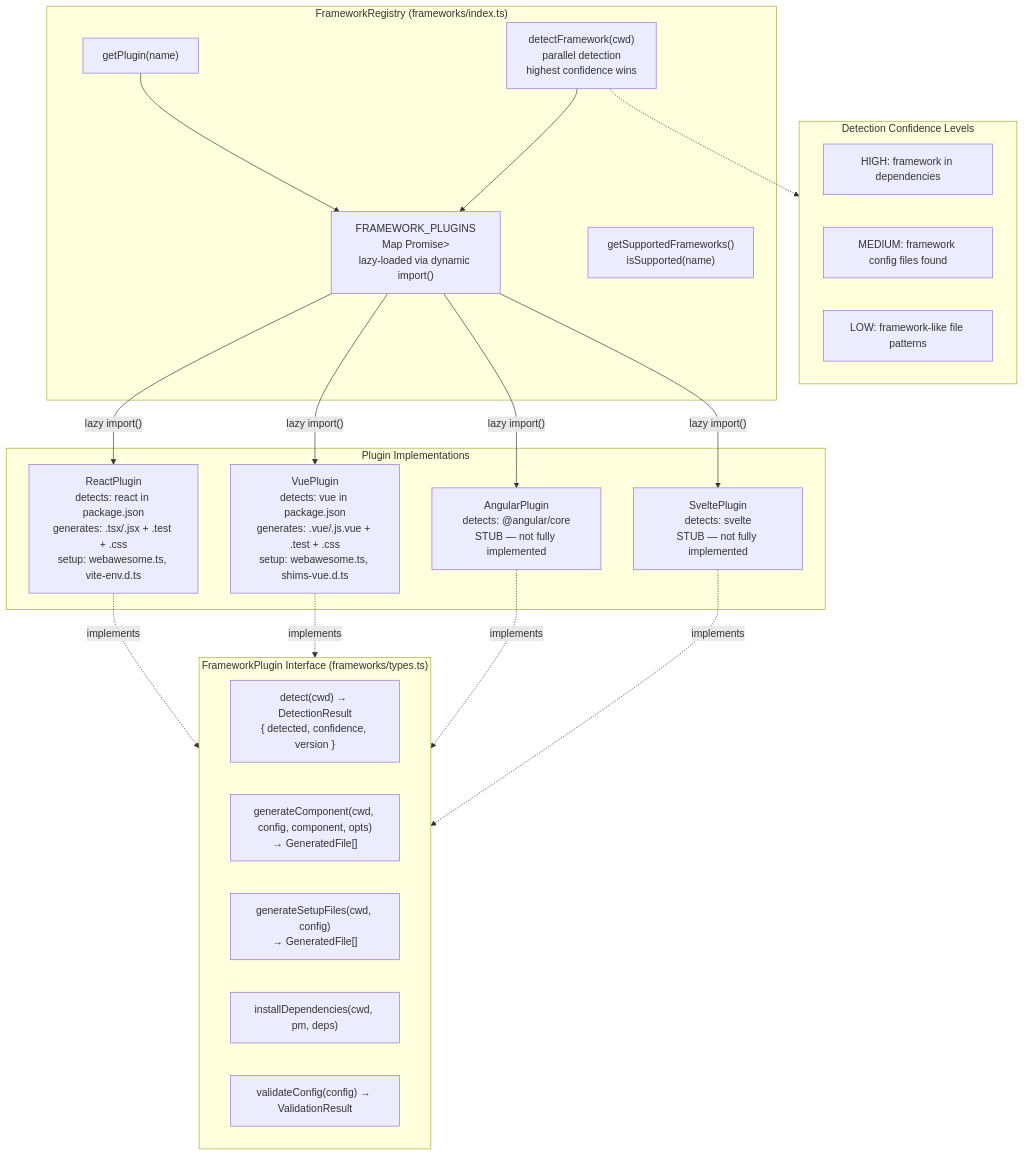
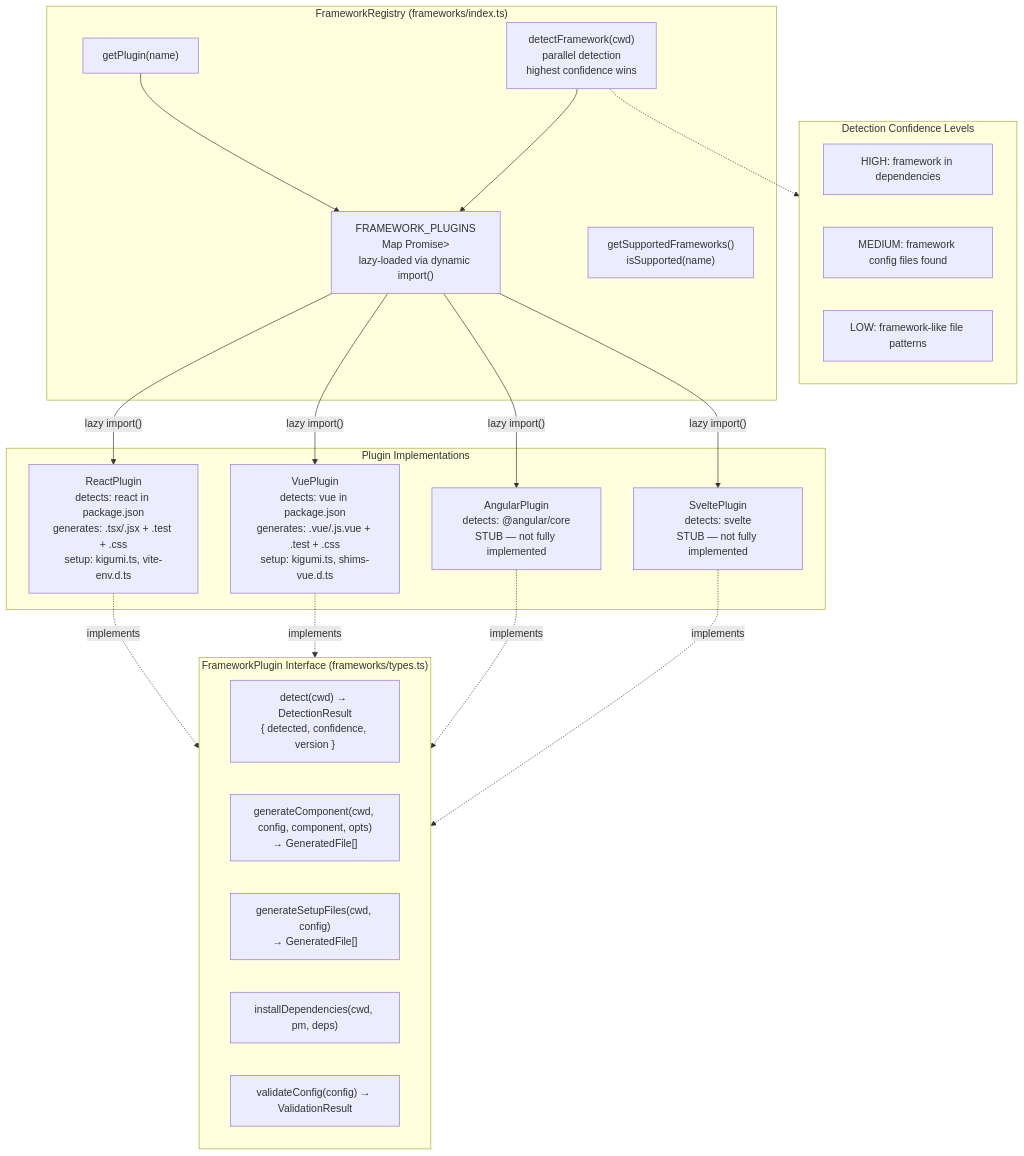
One commit to kigumi-ui/kigumi-cli changed the fourth of 5 diagrams in AGENTS.md. Above: the diagram before and after it, drawn with Mermaid. The commit also changed other lines of this file and 314 other files, not shown here.

````diff
--- a/AGENTS.md
+++ b/AGENTS.md
@@ -501,36 +517,36 @@
 ```mermaid
 flowchart TB
     subgraph Interface["FrameworkPlugin Interface (frameworks/types.ts)"]
         detect["detect(cwd) → DetectionResult\n{ detected, confidence, version }"]
         generate["generateComponent(cwd, config, component, opts)\n→ GeneratedFile[]"]
         setup["generateSetupFiles(cwd, config)\n→ GeneratedFile[]"]
         install["installDependencies(cwd, pm, deps)"]
         validate["validateConfig(config) → ValidationResult"]
     end
 
     subgraph Registry["FrameworkRegistry (frameworks/index.ts)"]
         MAP["FRAMEWORK_PLUGINS\nMap<string, () => Promise<Plugin>>\nlazy-loaded via dynamic import()"]
         getPlugin["getPlugin(name)"]
         detectFW["detectFramework(cwd)\nparallel detection\nhighest confidence wins"]
         supported["getSupportedFrameworks()\nisSupported(name)"]
     end
 
     subgraph Plugins["Plugin Implementations"]
-        R["ReactPlugin\ndetects: react in package.json\ngenerates: .tsx/.jsx + .test + .css\nsetup: webawesome.ts, vite-env.d.ts"]
-        V["VuePlugin\ndetects: vue in package.json\ngenerates: .vue/.js.vue + .test + .css\nsetup: webawesome.ts, shims-vue.d.ts"]
+        R["ReactPlugin\ndetects: react in package.json\ngenerates: .tsx/.jsx + .test + .css\nsetup: kigumi.ts, vite-env.d.ts"]
+        V["VuePlugin\ndetects: vue in package.json\ngenerates: .vue/.js.vue + .test + .css\nsetup: kigumi.ts, shims-vue.d.ts"]
         A["AngularPlugin\ndetects: @angular/core\nSTUB — not fully implemented"]
         S["SveltePlugin\ndetects: svelte\nSTUB — not fully implemented"]
     end
 
     subgraph Detection["Detection Confidence Levels"]
         HIGH["HIGH: framework in dependencies"]
         MED["MEDIUM: framework config files found"]
         LOW["LOW: framework-like file patterns"]
     end
 
     MAP -->|"lazy import()"| R & V & A & S
     R & V & A & S -.->|"implements"| Interface
     getPlugin --> MAP
     detectFW --> MAP
     detectFW -.-> Detection
 ```
````
